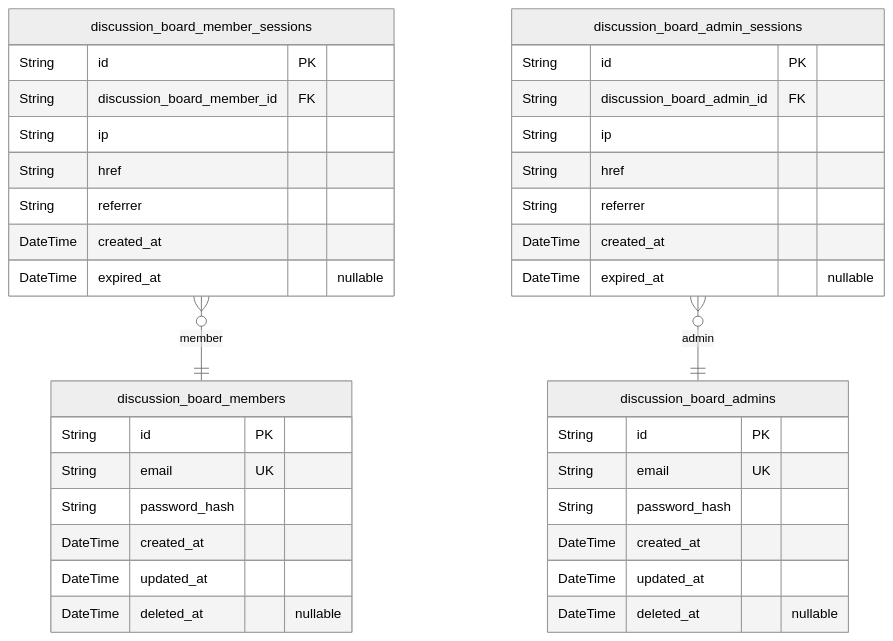
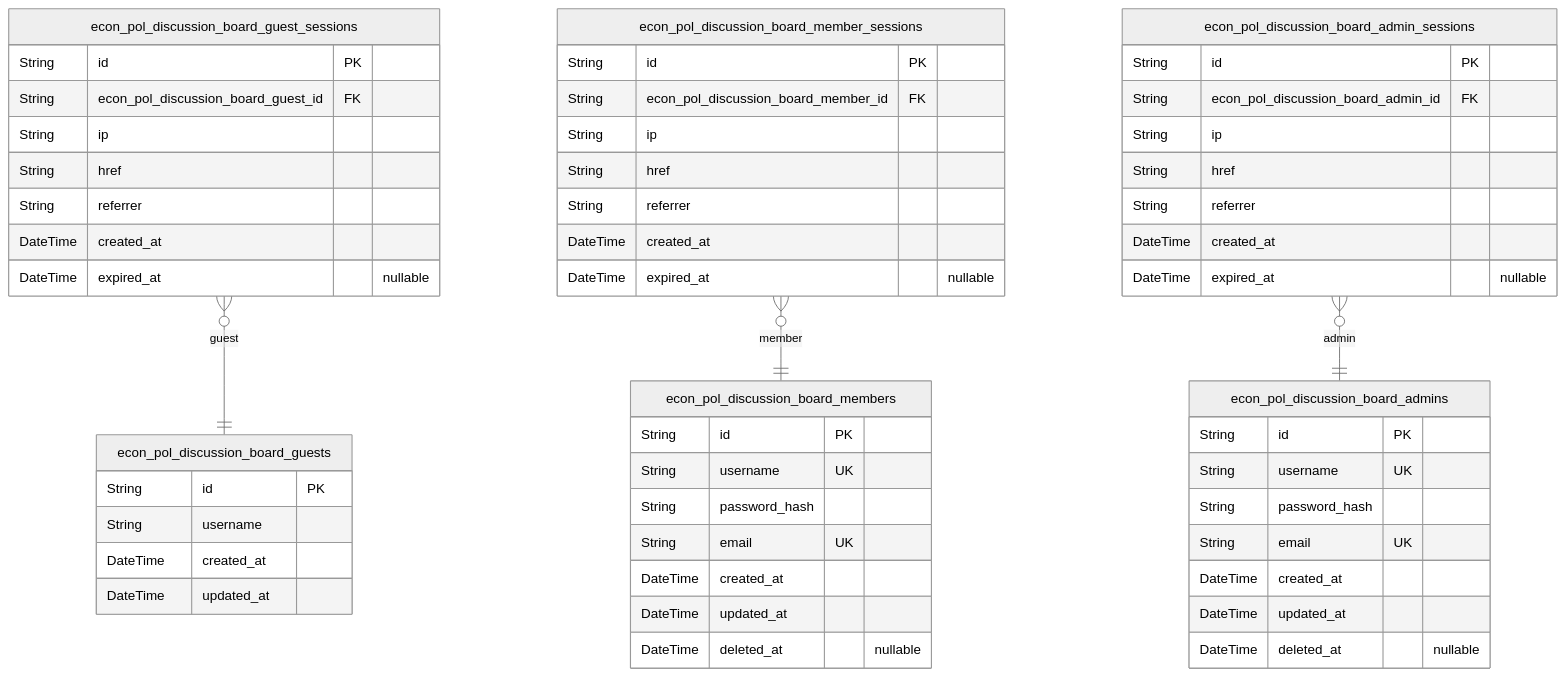
The first of 3 diagrams in openai/gpt-4.1-mini/bbs/docs/ERD.md (wrtnlabs/autobe-examples), drawn with Mermaid (neutral theme) before and after one commit. The commit also changed other lines of this file and 22498 other files, not shown here.

````diff
--- a/openai/gpt-4.1-mini/bbs/docs/ERD.md
+++ b/openai/gpt-4.1-mini/bbs/docs/ERD.md
@@ -36,39 +11,57 @@
 ```mermaid
 erDiagram
-"discussion_board_members" {
+"econ_pol_discussion_board_guests" {
   String id PK
-  String email UK
-  String password_hash
+  String username
   DateTime created_at
   DateTime updated_at
-  DateTime deleted_at "nullable"
 }
-"discussion_board_member_sessions" {
+"econ_pol_discussion_board_guest_sessions" {
   String id PK
-  String discussion_board_member_id FK
+  String econ_pol_discussion_board_guest_id FK
   String ip
   String href
   String referrer
   DateTime created_at
   DateTime expired_at "nullable"
 }
-"discussion_board_admins" {
+"econ_pol_discussion_board_members" {
   String id PK
+  String username UK
+  String password_hash
   String email UK
-  String password_hash
   DateTime created_at
   DateTime updated_at
   DateTime deleted_at "nullable"
 }
-"discussion_board_admin_sessions" {
+"econ_pol_discussion_board_member_sessions" {
   String id PK
-  String discussion_board_admin_id FK
+  String econ_pol_discussion_board_member_id FK
   String ip
   String href
   String referrer
   DateTime created_at
   DateTime expired_at "nullable"
 }
-"discussion_board_member_sessions" }o--|| "discussion_board_members" : member
-"discussion_board_admin_sessions" }o--|| "discussion_board_admins" : admin
+"econ_pol_discussion_board_admins" {
+  String id PK
+  String username UK
+  String password_hash
+  String email UK
+  DateTime created_at
+  DateTime updated_at
+  DateTime deleted_at "nullable"
+}
+"econ_pol_discussion_board_admin_sessions" {
+  String id PK
+  String econ_pol_discussion_board_admin_id FK
+  String ip
+  String href
+  String referrer
+  DateTime created_at
+  DateTime expired_at "nullable"
+}
+"econ_pol_discussion_board_guest_sessions" }o--|| "econ_pol_discussion_board_guests" : guest
+"econ_pol_discussion_board_member_sessions" }o--|| "econ_pol_discussion_board_members" : member
+"econ_pol_discussion_board_admin_sessions" }o--|| "econ_pol_discussion_board_admins" : admin
 ```
````
